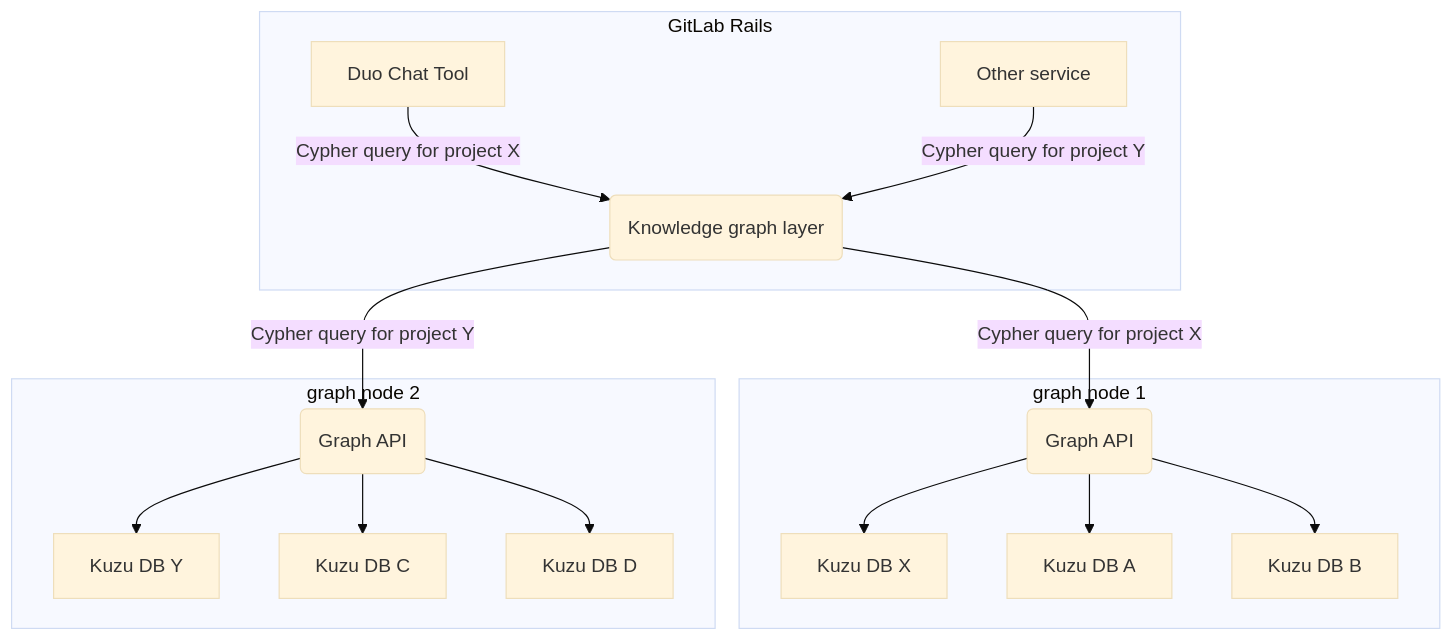
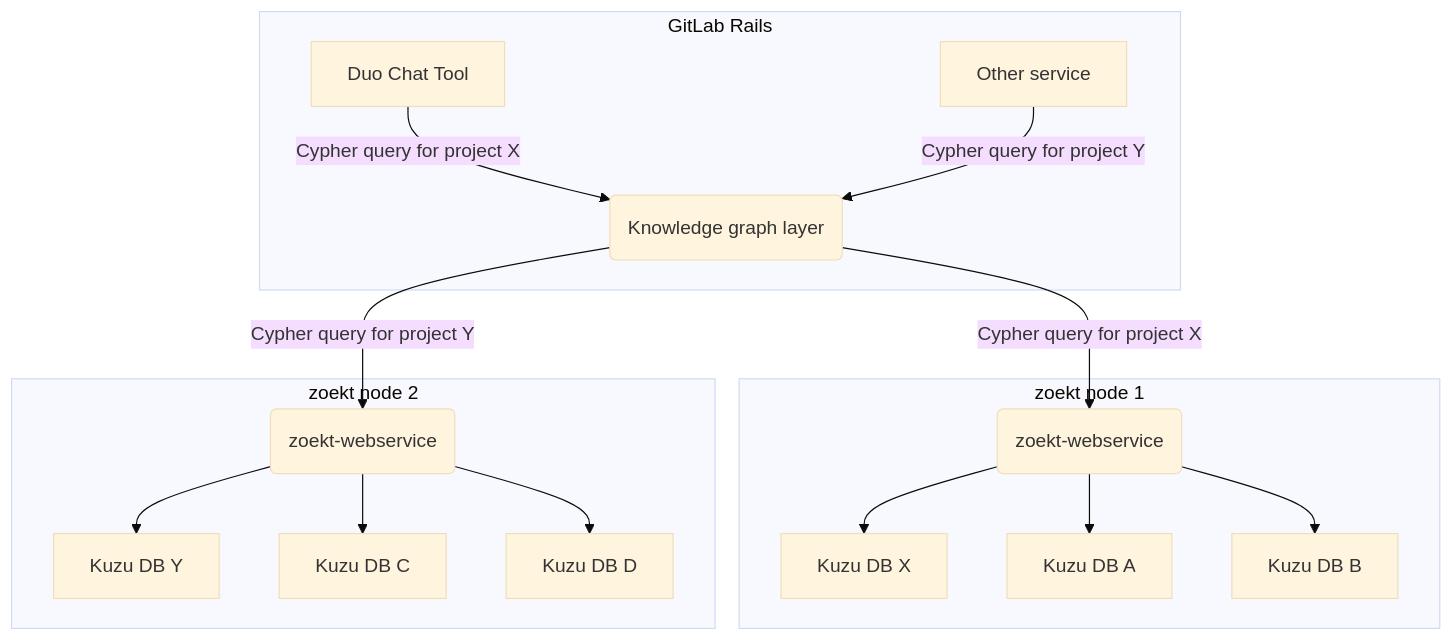
The first of 4 diagrams in content/handbook/engineering/architecture/design-documents/knowledge_graph/_index.md (zalyoung/gitlab-handbook), drawn with Mermaid (base theme) before and after one commit. The commit also changed other lines of this file, not shown here.

First line of the commit message:
Update knowledge graph document

````diff
--- a/content/handbook/engineering/architecture/design-documents/knowledge_graph/_index.md
+++ b/content/handbook/engineering/architecture/design-documents/knowledge_graph/_index.md
@@ -85,19 +99,19 @@
 ```mermaid
 flowchart TD
     subgraph GitLab Rails
     T1[Duo Chat Tool] -->|Cypher query for project X| K(Knowledge graph layer)
     T2[Other service] -->|Cypher query for project Y| K(Knowledge graph layer)
     end
-    K --> |Cypher query for project X| GA1(Graph API)
-    K --> |Cypher query for project Y| GA2(Graph API)
-    subgraph graph node 1
+    K --> |Cypher query for project X| GA1(zoekt-webservice)
+    K --> |Cypher query for project Y| GA2(zoekt-webservice)
+    subgraph zoekt node 1
     GA1 -->K1[Kuzu DB X]
     GA1 -->K2[Kuzu DB A]
     GA1 -->K3[Kuzu DB B]
     end
-    subgraph graph node 2
+    subgraph zoekt node 2
     GA2 -->K21[Kuzu DB Y]
     GA2 -->K22[Kuzu DB C]
     GA2 -->K23[Kuzu DB D]
     end
 ```
````
